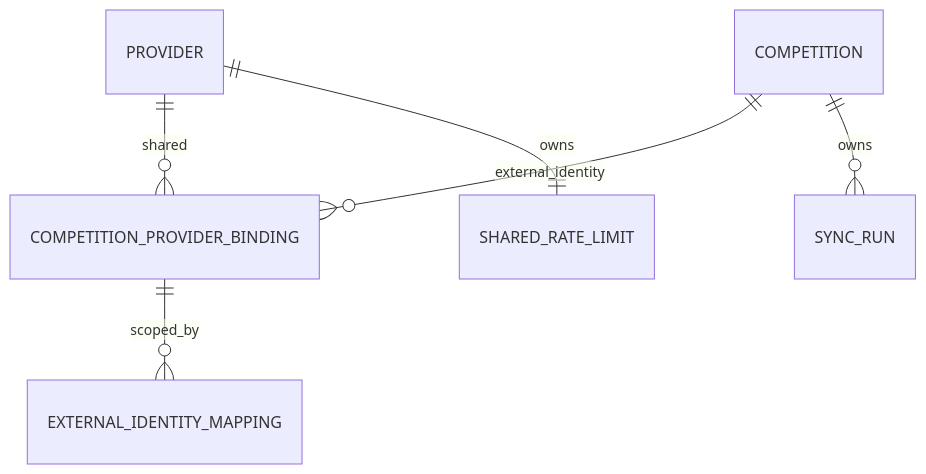
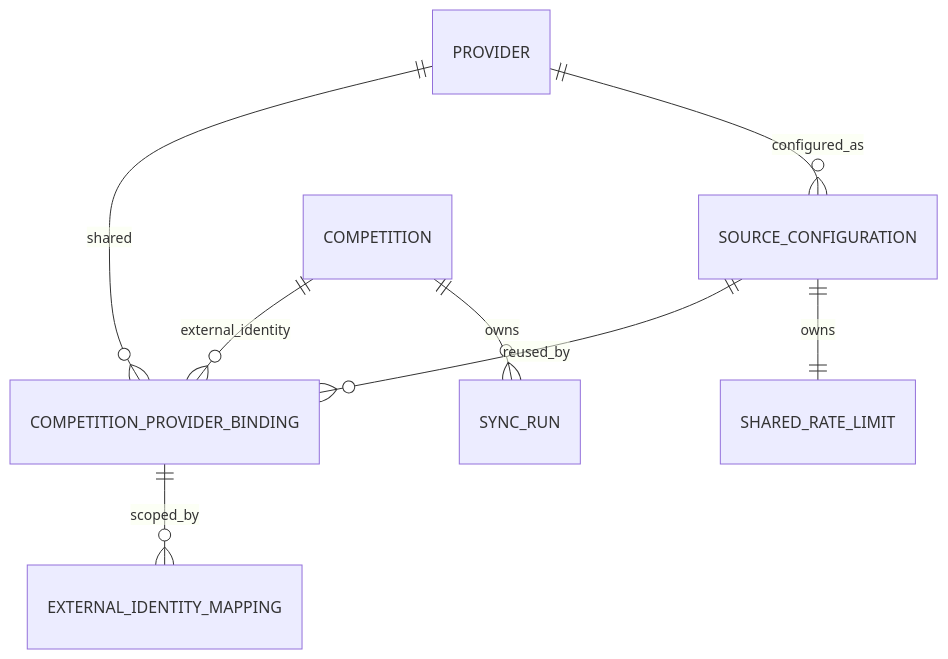
Before and after one commit to wcorderolara/el-deporte-rey-ai: the diagram in docs/design/PD-ARCH-01D/architecture-decision-register.md, drawn with Mermaid. The commit also changed other lines of this file and 38 other files, not shown here.

Commit message:
feat(competitions): add provider competition bindings

````diff
--- a/docs/design/PD-ARCH-01D/architecture-decision-register.md
+++ b/docs/design/PD-ARCH-01D/architecture-decision-register.md
@@ -17,8 +20,10 @@
 ```mermaid
 erDiagram
   PROVIDER ||--o{ COMPETITION_PROVIDER_BINDING : shared
+  PROVIDER ||--o{ SOURCE_CONFIGURATION : configured_as
+  SOURCE_CONFIGURATION ||--o{ COMPETITION_PROVIDER_BINDING : reused_by
   COMPETITION ||--o{ COMPETITION_PROVIDER_BINDING : external_identity
   COMPETITION_PROVIDER_BINDING ||--o{ EXTERNAL_IDENTITY_MAPPING : scoped_by
   COMPETITION ||--o{ SYNC_RUN : owns
-  PROVIDER ||--|| SHARED_RATE_LIMIT : owns
+  SOURCE_CONFIGURATION ||--|| SHARED_RATE_LIMIT : owns
 ```
````
